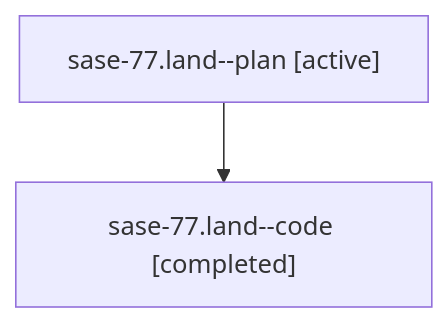
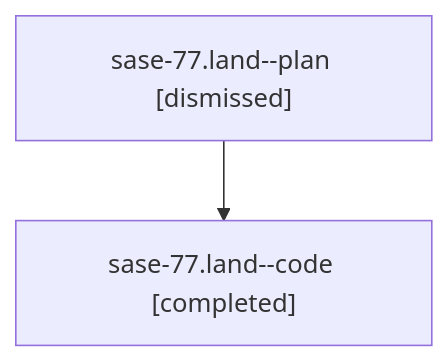
The diagram in sessions/bbugyi200.athena.sase-77.land.md (sase-org/sase--agents), drawn with Mermaid before and after one commit. The commit also changed other lines of this file and 61 other files, not shown here.

````diff
--- a/sessions/bbugyi200.athena.sase-77.land.md
+++ b/sessions/bbugyi200.athena.sase-77.land.md
@@ -9,6 +9,6 @@
 ```mermaid
 flowchart TD
-  n0["sase-77.land--plan [active]"]
+  n0["sase-77.land--plan [dismissed]"]
   n1["sase-77.land--code [completed]"]
   n0 --> n1
 ```
````
